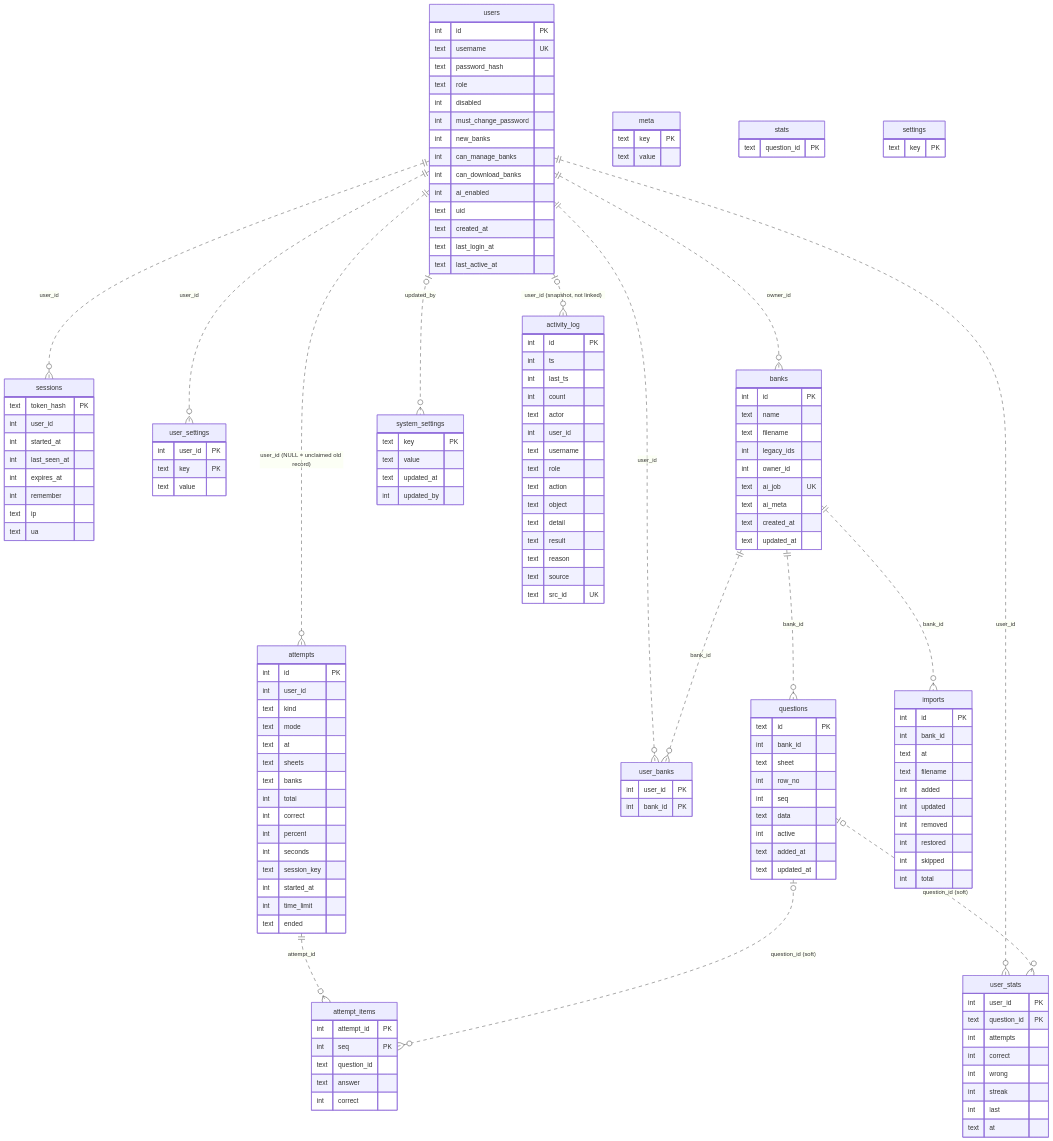
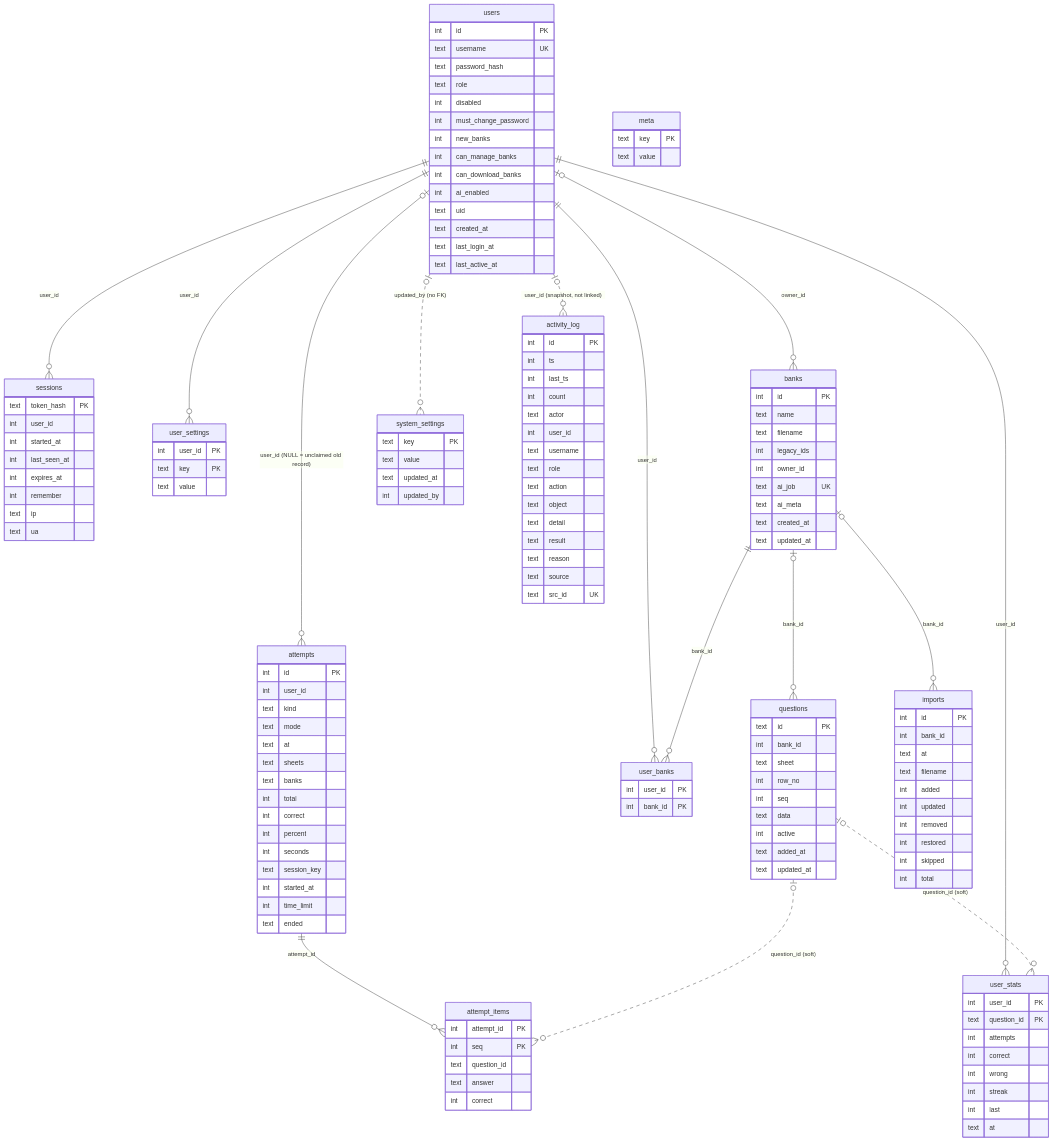
One commit to Yumin-Space/xexam changed the third of 4 diagrams in docs/en/database.md. Above: the diagram before and after it, drawn with Mermaid. The commit also changed other lines of this file and 73 other files, not shown here.

First line of the commit message:
v2.0: database clean-up (main schema 11 with foreign keys, AI schema 10 without legacy parts)

````diff
--- a/docs/en/database.md
+++ b/docs/en/database.md
@@ -706,17 +742,17 @@
 ```mermaid
 erDiagram
-  users ||..o{ sessions : "user_id"
-  users ||..o{ attempts : "user_id (NULL = unclaimed old record)"
-  users ||..o{ user_stats : "user_id"
-  users ||..o{ user_settings : "user_id"
-  users ||..o{ user_banks : "user_id"
-  users ||..o{ banks : "owner_id"
-  users |o..o{ system_settings : "updated_by"
+  users ||--o{ sessions : "user_id"
+  users |o--o{ attempts : "user_id (NULL = unclaimed old record)"
+  users ||--o{ user_stats : "user_id"
+  users ||--o{ user_settings : "user_id"
+  users ||--o{ user_banks : "user_id"
+  users |o--o{ banks : "owner_id"
+  users |o..o{ system_settings : "updated_by (no FK)"
   users |o..o{ activity_log : "user_id (snapshot, not linked)"
-  banks ||..o{ user_banks : "bank_id"
-  banks ||..o{ questions : "bank_id"
-  banks ||..o{ imports : "bank_id"
-  attempts ||..o{ attempt_items : "attempt_id"
+  banks ||--o{ user_banks : "bank_id"
+  banks |o--o{ questions : "bank_id"
+  banks |o--o{ imports : "bank_id"
+  attempts ||--o{ attempt_items : "attempt_id"
   questions |o..o{ attempt_items : "question_id (soft)"
   questions |o..o{ user_stats : "question_id (soft)"
 
@@ -850,10 +886,4 @@
     text key PK
     text value
   }
-  stats {
-    text question_id PK
-  }
-  settings {
-    text key PK
-  }
 ```
````
